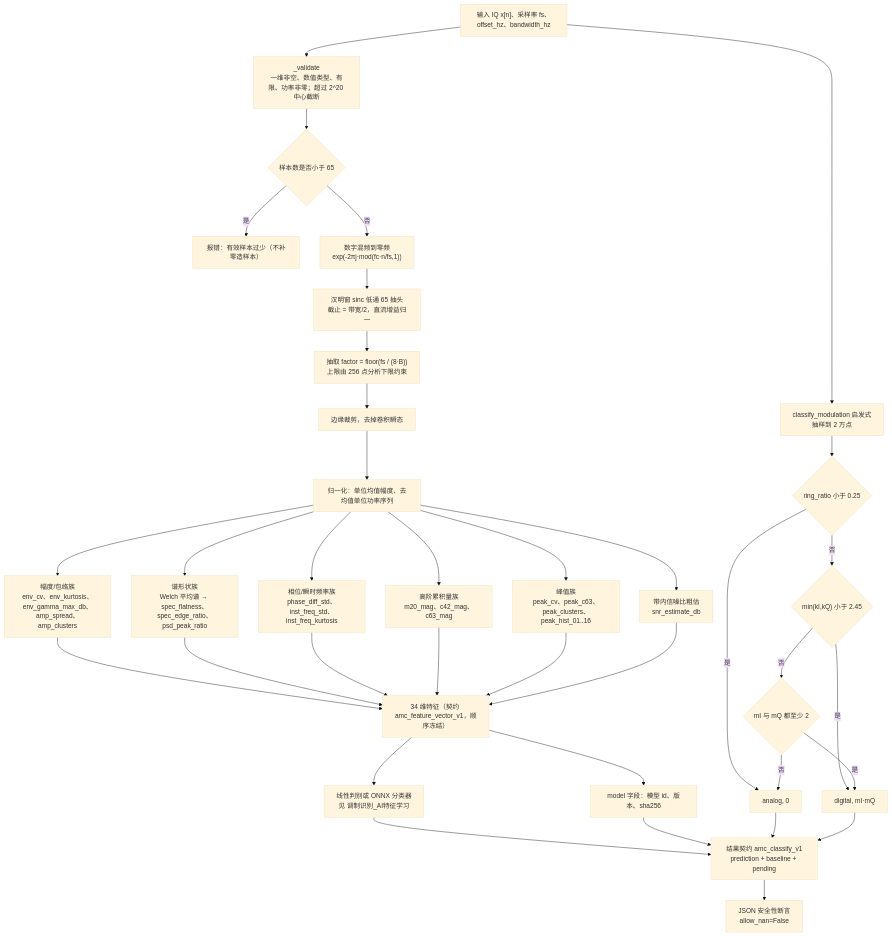
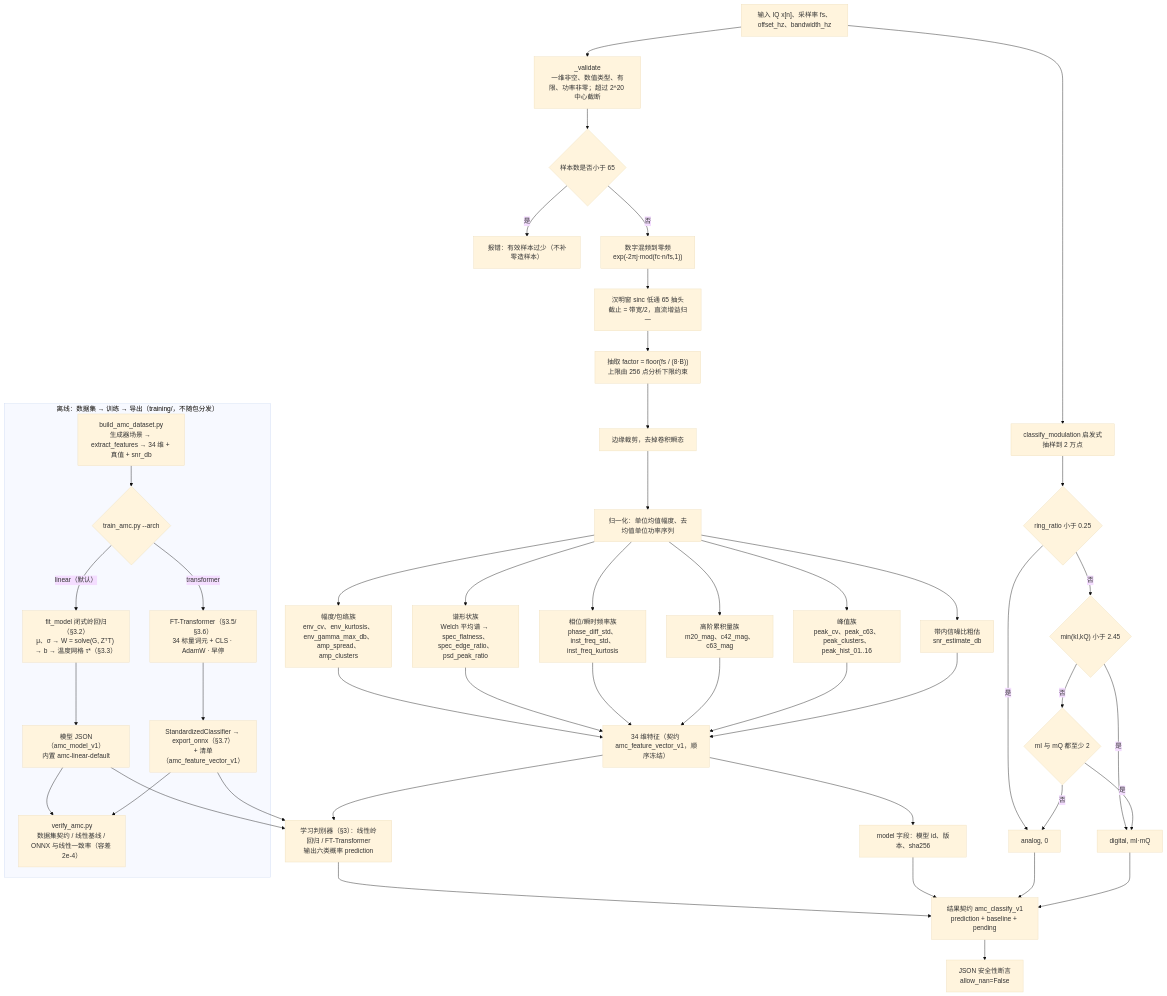
One commit to darkking1112/SimuSingal changed the diagram in docs/电磁信号分析和识别/algorithms/调制识别_传统特征与启发式判定.md. Above: the diagram before and after it, drawn with Mermaid (base theme). The commit also changed other lines of this file and 8 other files, not shown here.

````diff
--- a/docs/电磁信号分析和识别/algorithms/调制识别_传统特征与启发式判定.md
+++ b/docs/电磁信号分析和识别/algorithms/调制识别_传统特征与启发式判定.md
@@ -308,38 +510,49 @@
 ```mermaid
 flowchart TD
+    subgraph TRAIN["离线：数据集 → 训练 → 导出（training/，不随包分发）"]
+        T1["build_amc_dataset.py<br/>生成器场景 → extract_features → 34 维 + 真值 + snr_db"] --> T2{"train_amc.py --arch"}
+        T2 -->|linear（默认）| T3["fit_model 闭式岭回归（§3.2）<br/>μ、σ → W = solve(G, ZᵀT) → b → 温度网格 τ*（§3.3）"]
+        T2 -->|transformer| T4["FT-Transformer（§3.5/§3.6）<br/>34 标量词元 + CLS · AdamW · 早停"]
+        T3 --> T5["模型 JSON（amc_model_v1）<br/>内置 amc-linear-default"]
+        T4 --> T6["StandardizedClassifier → export_onnx（§3.7）<br/>+ 清单（amc_feature_vector_v1）"]
+        T5 --> T7["verify_amc.py<br/>数据集契约 / 线性基线 / ONNX 与线性一致率（容差 2e-4）"]
+        T6 --> T7
+    end
+    T5 --> P
+    T6 --> P
     A["输入 IQ x[n]、采样率 fs、offset_hz、bandwidth_hz"] --> B["_validate<br/>一维非空、数值类型、有限、功率非零；超过 2^20 中心截断"]
     B --> C{"样本数是否小于 65"}
     C -- 是 --> C1["报错：有效样本过少（不补零造样本）"]
     C -- 否 --> D["数字混频到零频<br/>exp(-2πj·mod(fc·n/fs,1))"]
     D --> E["汉明窗 sinc 低通 65 抽头<br/>截止 = 带宽/2，直流增益归一"]
     E --> F["抽取 factor = floor(fs / (8·B))<br/>上限由 256 点分析下限约束"]
     F --> G["边缘裁剪，去掉卷积瞬态"]
     G --> H["归一化：单位均值幅度、去均值单位功率序列"]
     H --> I["幅度/包络族<br/>env_cv、env_kurtosis、env_gamma_max_db、amp_spread、amp_clusters"]
     H --> J["谱形状族<br/>Welch 平均谱 → spec_flatness、spec_edge_ratio、psd_peak_ratio"]
     H --> K["相位/瞬时频率族<br/>phase_diff_std、inst_freq_std、inst_freq_kurtosis"]
     H --> L["高阶累积量族<br/>m20_mag、c42_mag、c63_mag"]
     H --> M["峰值族<br/>peak_cv、peak_c63、peak_clusters、peak_hist_01..16"]
     H --> N["带内信噪比粗估<br/>snr_estimate_db"]
     I --> O["34 维特征（契约 amc_feature_vector_v1，顺序冻结）"]
     J --> O
     K --> O
     L --> O
     M --> O
     N --> O
-    O --> P["线性判别或 ONNX 分类器<br/>见 调制识别_AI特征学习"]
+    O --> P["学习判别器（§3）：线性岭回归 / FT-Transformer<br/>输出六类概率 prediction"]
     O --> Q["model 字段：模型 id、版本、sha256"]
     A --> R["classify_modulation 启发式<br/>抽样到 2 万点"]
     R --> S{"ring_ratio 小于 0.25"}
     S -- 是 --> T["analog, 0"]
     S -- 否 --> U{"min(kI,kQ) 小于 2.45"}
     U -- 是 --> V["digital, mI·mQ"]
     U -- 否 --> W{"mI 与 mQ 都至少 2"}
     W -- 是 --> V
     W -- 否 --> T
     P --> X["结果契约 amc_classify_v1<br/>prediction + baseline + pending"]
     Q --> X
     T --> X
     V --> X
     X --> Y["JSON 安全性断言<br/>allow_nan=False"]
 ```
````
